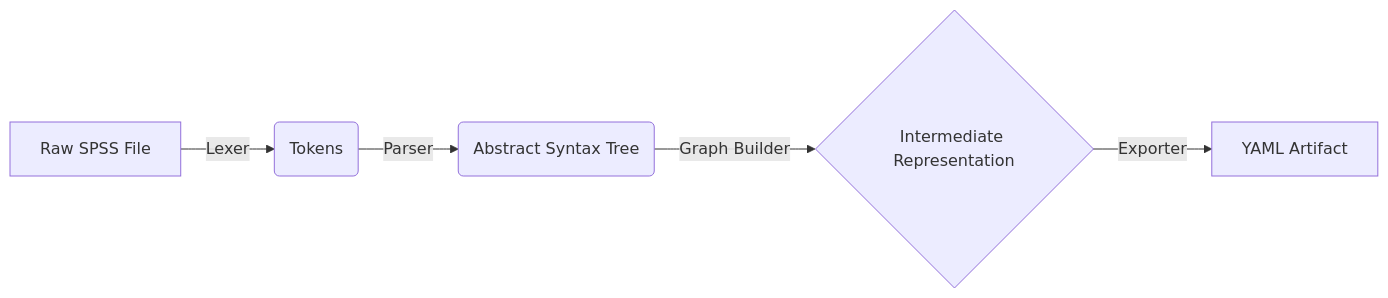
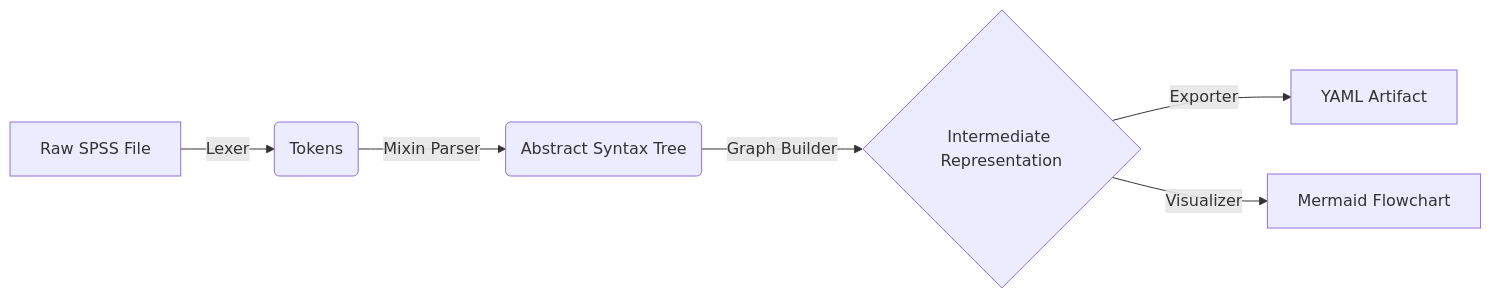
Before and after one commit to MagicSpik3/spec_generator: the diagram in README.md, drawn with Mermaid. The commit also changed other lines of this file, not shown here.

Commit message:
feat(release): v0.1-alpha - Complete ETL Pipeline Support with Schema Propagation

````diff
--- a/README.md
+++ b/README.md
@@ -13,8 +29,9 @@
 ```mermaid
 graph LR
     A[Raw SPSS File] -->|Lexer| B(Tokens)
-    B -->|Parser| C(Abstract Syntax Tree)
+    B -->|Mixin Parser| C(Abstract Syntax Tree)
     C -->|Graph Builder| D{Intermediate Representation}
     D -->|Exporter| E[YAML Artifact]
+    D -->|Visualizer| F[Mermaid Flowchart]
 
 ```
````
